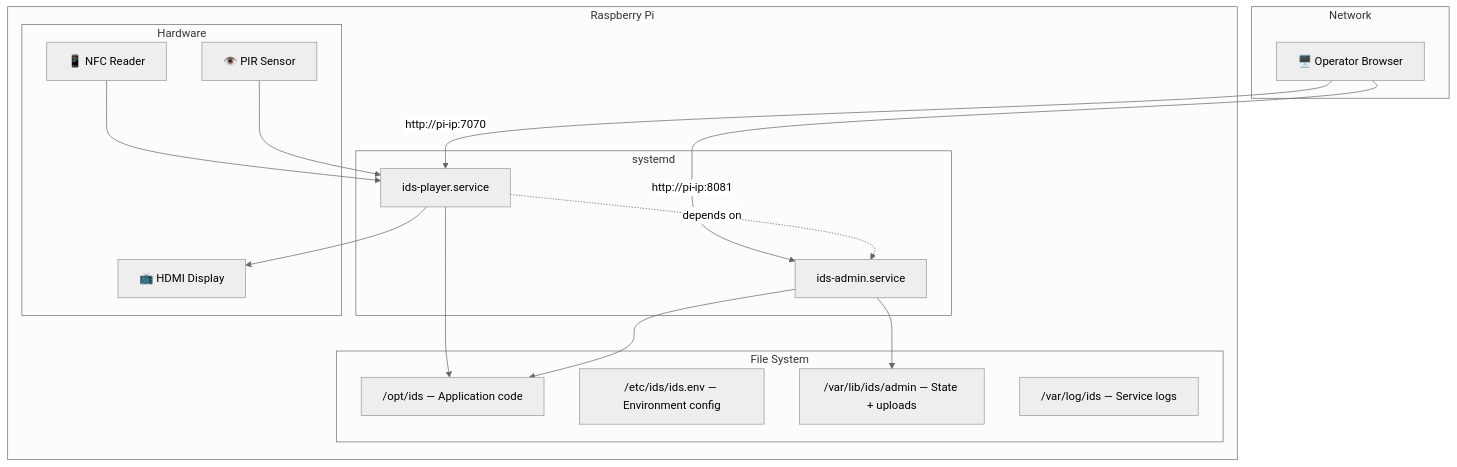
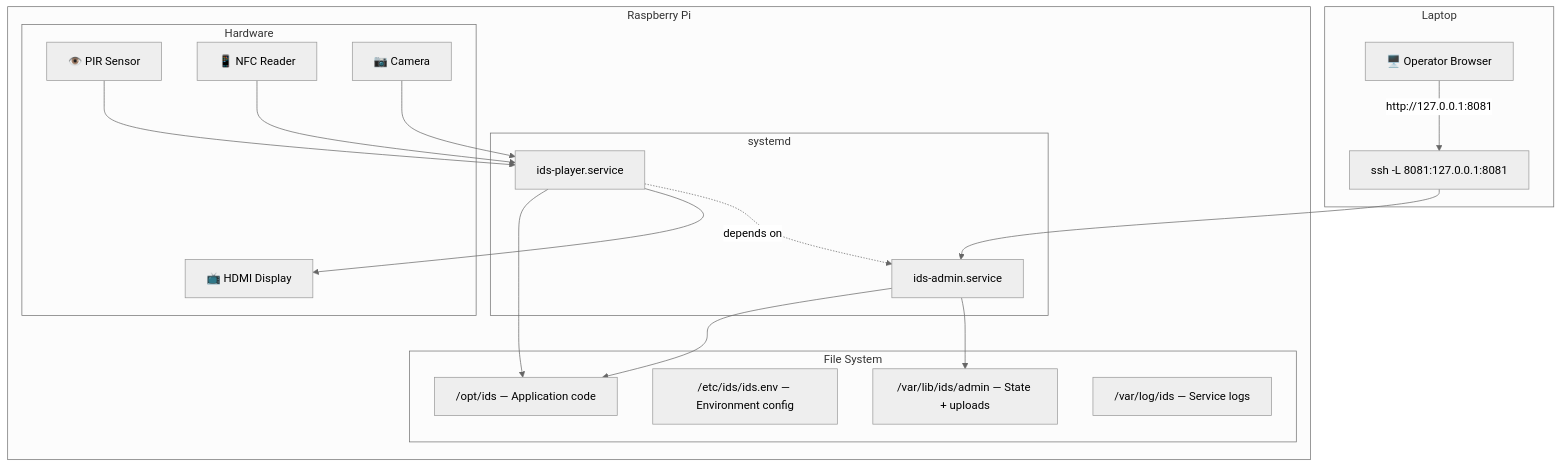
Before and after one commit to fergouchyahya/IDS: the first of 3 diagrams in docs/operations/deployment-pi.md, drawn with Mermaid (neutral theme). The commit also changed other lines of this file and 1 other file, not shown here.

````diff
--- a/docs/operations/deployment-pi.md
+++ b/docs/operations/deployment-pi.md
@@ -9,37 +9,40 @@
 ```mermaid
 flowchart TD
     subgraph "Raspberry Pi"
         subgraph "systemd"
             AdminSvc[ids-admin.service]
             PlayerSvc[ids-player.service]
         end
 
         subgraph "File System"
             Code["/opt/ids — Application code"]
             Env["/etc/ids/ids.env — Environment config"]
             Data["/var/lib/ids/admin — State + uploads"]
             Logs["/var/log/ids — Service logs"]
         end
 
         subgraph "Hardware"
             HDMI[📺 HDMI Display]
             PIR[👁️ PIR Sensor]
             NFC[📱 NFC Reader]
+            CAM[📷 Camera]
         end
 
         AdminSvc --> Code
         AdminSvc --> Data
         PlayerSvc --> Code
         PlayerSvc --> HDMI
         PlayerSvc -.->|depends on| AdminSvc
         PIR --> PlayerSvc
         NFC --> PlayerSvc
+        CAM --> PlayerSvc
     end
 
-    subgraph "Network"
+    subgraph "Laptop"
         Browser[🖥️ Operator Browser]
+        Tunnel["ssh -L 8081:127.0.0.1:8081"]
     end
 
-    Browser -->|"http://pi-ip:8081"| AdminSvc
-    Browser -->|"http://pi-ip:7070"| PlayerSvc
+    Browser -->|"http://127.0.0.1:8081"| Tunnel
+    Tunnel --> AdminSvc
 ```
````
